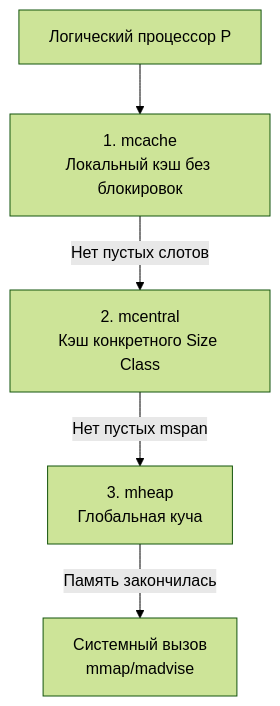
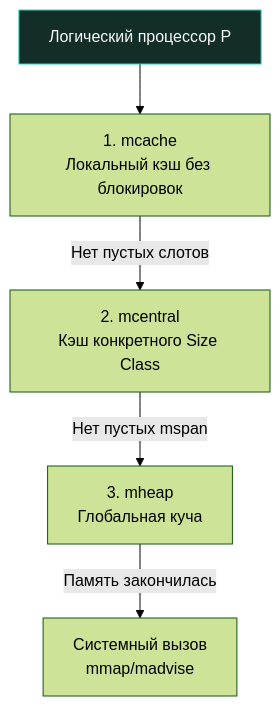
Before and after one commit to UnrealTemplier/go-textbook: the diagram in sources/7. Глубокий Go (Внутреннее устройство)/21. Аллокатор памяти Go. mcache, mcentral, mheap.md, drawn with Mermaid (forest theme). The commit also changed 1666 other files, not shown here.

First line of the commit message:
feat(mermaid): add semantic color classDef to 1369 colorless flowchart/graph diagrams

````diff
--- a/sources/7. Глубокий Go (Внутреннее устройство)/21. Аллокатор памяти Go. mcache, mcentral, mheap.md
+++ b/sources/7. Глубокий Go (Внутреннее устройство)/21. Аллокатор памяти Go. mcache, mcentral, mheap.md
@@ -39,7 +39,17 @@
 ```mermaid
 flowchart TD
-    P["Логический процессор P"] --> MCACHE["1. mcache<br>Локальный кэш без блокировок"]
+    classDef process  fill:#1e293b,stroke:#38bdf8,stroke-width:1px,color:#f8fafc
+    classDef success  fill:#064e3b,stroke:#34d399,stroke-width:1px,color:#f8fafc
+    classDef error    fill:#7f1d1d,stroke:#f87171,stroke-width:1px,color:#f8fafc
+    classDef warning  fill:#78350f,stroke:#fbbf24,stroke-width:1px,color:#f8fafc
+    classDef entry    fill:#1e3a5f,stroke:#38bdf8,stroke-width:2px,color:#f8fafc
+    classDef aux      fill:#334155,stroke:#64748b,stroke-width:1px,color:#f8fafc
+    classDef system   fill:#312e81,stroke:#a78bfa,stroke-width:1px,color:#f8fafc
+    classDef data     fill:#132d29,stroke:#2dd4bf,stroke-width:1px,color:#f8fafc
+    classDef network  fill:#881337,stroke:#fb7185,stroke-width:1px,color:#f8fafc
+    classDef accent   fill:#1e1b4b,stroke:#818cf8,stroke-width:1px,color:#f8fafc
+    P["Логический процессор P"]:::data --> MCACHE["1. mcache<br>Локальный кэш без блокировок"]
     MCACHE -->|Нет пустых слотов| MCENTRAL["2. mcentral<br>Кэш конкретного Size Class"]
     MCENTRAL -->|Нет пустых mspan| MHEAP["3. mheap<br>Глобальная куча"]
     MHEAP -->|Память закончилась| OS["Системный вызов<br>mmap/madvise"]
 ```
````
